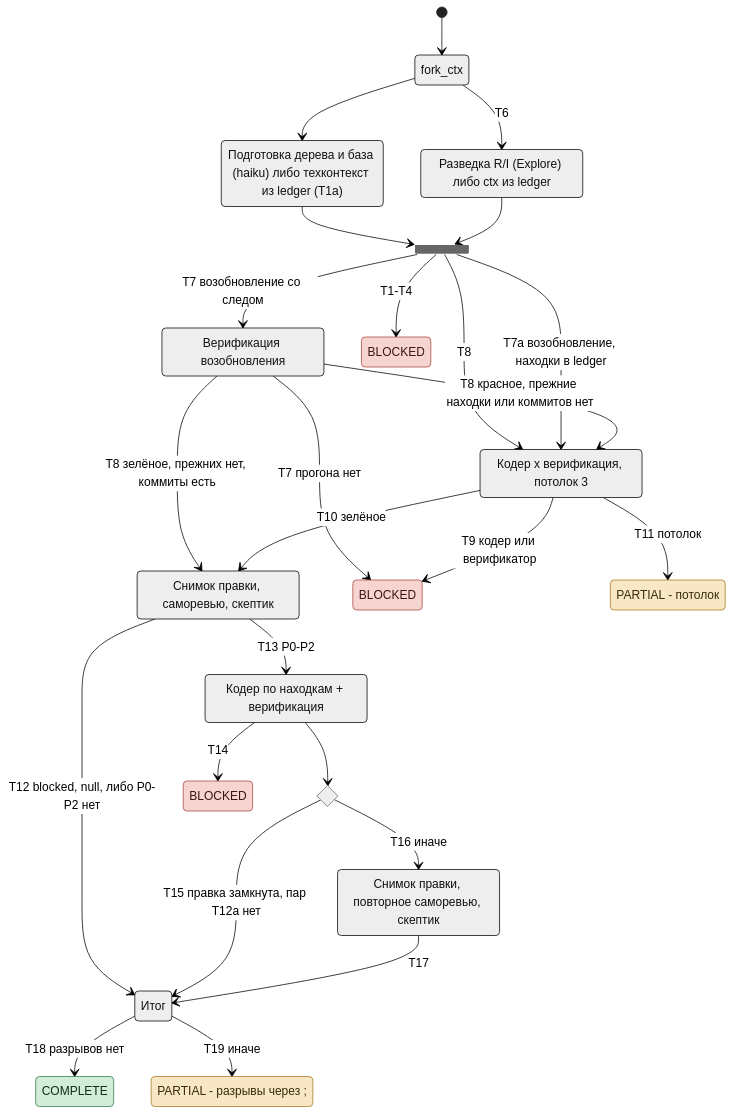
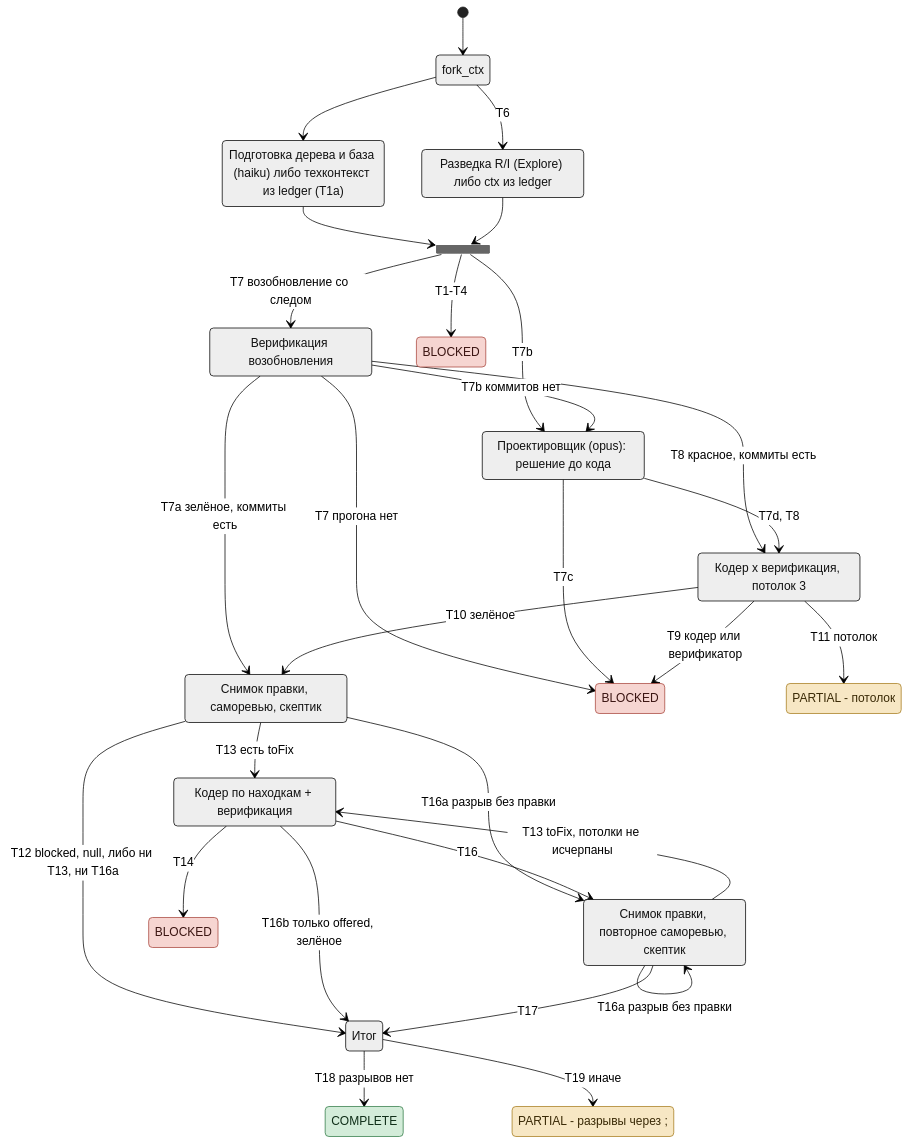
The diagram in plugins/auto/docs/tracks/feature.md (dex-it/ai-kit), drawn with Mermaid (neutral theme) before and after one commit. The commit also changed other lines of this file and 61 other files, not shown here.

````diff
--- a/plugins/auto/docs/tracks/feature.md
+++ b/plugins/auto/docs/tracks/feature.md
@@ -15,54 +15,58 @@
 ```mermaid
 stateDiagram-v2
   direction TB
   [*] --> fork_ctx
   state fork_ctx <<fork>>
   state join_ctx <<join>>
   state "Подготовка дерева и база (haiku) либо техконтекст из ledger (T1a)" as Prep
   state "Разведка R/I (Explore) либо ctx из ledger" as Req
   state "Верификация возобновления" as VerR
+  state "Проектировщик (opus): решение до кода" as Des
   state "Кодер x верификация, потолок 3" as Fix
   state "Снимок правки, саморевью, скептик" as Rev
   state "Кодер по находкам + верификация" as Fix2
   state "Снимок правки, повторное саморевью, скептик" as Rev2
   state "Итог" as Final
-  state sealChoice <<choice>>
 
   state "BLOCKED" as B1
   state "BLOCKED" as B2
   state "BLOCKED" as B3
   state "PARTIAL - потолок" as P0
   state "COMPLETE" as C
   state "PARTIAL - разрывы через ;" as P1
 
   fork_ctx --> Prep
   fork_ctx --> Req: T6
   Prep --> join_ctx
   Req --> join_ctx
   join_ctx --> B1: T1-T4
   join_ctx --> VerR: T7 возобновление со следом
-  join_ctx --> Fix: T8
-  join_ctx --> Fix: T7a возобновление, находки в ledger
+  join_ctx --> Des: T7b
   VerR --> B2: T7 прогона нет
-  VerR --> Fix: T8 красное, прежние находки или коммитов нет
-  VerR --> Rev: T8 зелёное, прежних нет, коммиты есть
+  VerR --> Des: T7b коммитов нет
+  VerR --> Fix: T8 красное, коммиты есть
+  VerR --> Rev: T7a зелёное, коммиты есть
+  Des --> B2: T7c
+  Des --> Fix: T7d, T8
   Fix --> B2: T9 кодер или верификатор
   Fix --> P0: T11 потолок
   Fix --> Rev: T10 зелёное
-  Rev --> Final: T12 blocked, null, либо P0-P2 нет
-  Rev --> Fix2: T13 P0-P2
+  Rev --> Final: T12 blocked, null, либо ни T13, ни T16a
+  Rev --> Fix2: T13 есть toFix
+  Rev --> Rev2: T16a разрыв без правки
   Fix2 --> B3: T14
-  Fix2 --> sealChoice
-  sealChoice --> Final: T15 правка замкнута, пар T12a нет
-  sealChoice --> Rev2: T16 иначе
+  Fix2 --> Rev2: T16
+  Fix2 --> Final: T16b только offered, зелёное
+  Rev2 --> Fix2: T13 toFix, потолки не исчерпаны
+  Rev2 --> Rev2: T16a разрыв без правки
   Rev2 --> Final: T17
   Final --> C: T18 разрывов нет
   Final --> P1: T19 иначе
 
   classDef stop fill:#f6d5d1,stroke:#a8453b,color:#3b1512
   classDef part fill:#f7e7c4,stroke:#a57a1c,color:#3a2a06
   classDef done fill:#d3ecd9,stroke:#2f7a45,color:#0f2e18
   class B1,B2,B3 stop
   class P0,P1 part
   class C done
 ```
````
